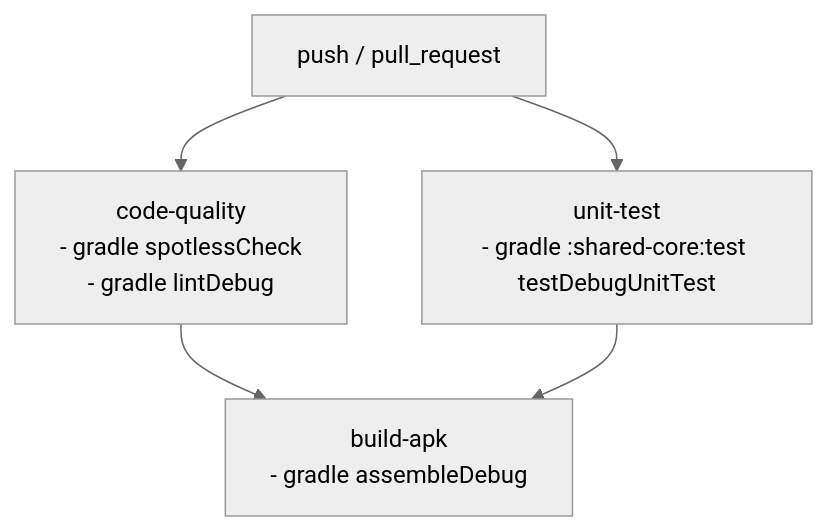
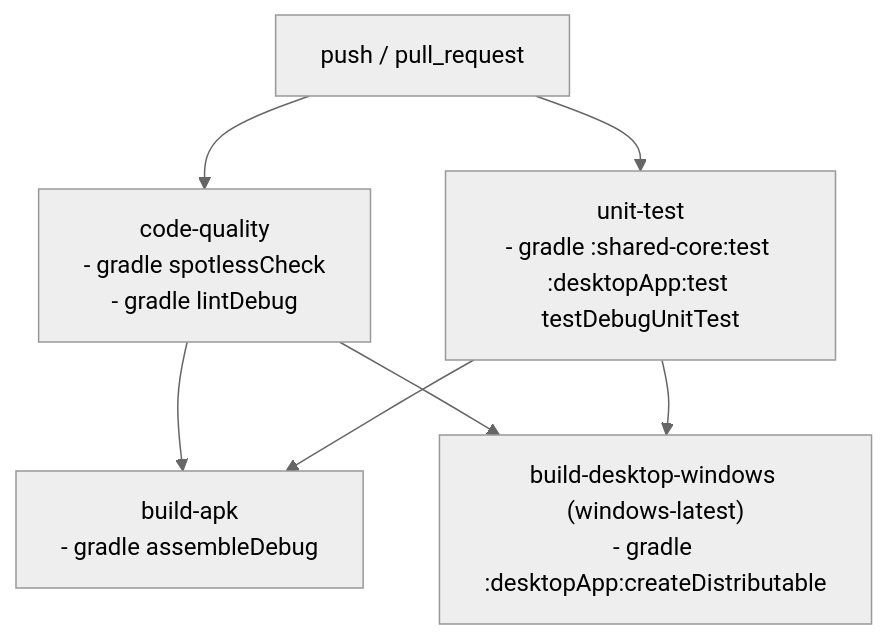
One commit to txcxjp/aidomari changed the diagram in docs/DEVELOPMENT.md. Above: the diagram before and after it, drawn with Mermaid (neutral theme). The commit also changed other lines of this file and 95 other files, not shown here.

First line of the commit message:
feat(desktop): add Compose Multiplatform :shared-ui and :desktopApp (Issue #101 Phase 2)

````diff
--- a/docs/DEVELOPMENT.md
+++ b/docs/DEVELOPMENT.md
@@ -53,7 +59,9 @@
 ```mermaid
 flowchart TD
     Trigger["push / pull_request"] --> Quality["code-quality\n- gradle spotlessCheck\n- gradle lintDebug"]
-    Trigger --> Test["unit-test\n- gradle :shared-core:test testDebugUnitTest"]
-    Quality --> Build["build-apk\n- gradle assembleDebug"]
-    Test --> Build
+    Trigger --> Test["unit-test\n- gradle :shared-core:test :desktopApp:test testDebugUnitTest"]
+    Quality --> BuildApk["build-apk\n- gradle assembleDebug"]
+    Test --> BuildApk
+    Quality --> BuildWin["build-desktop-windows (windows-latest)\n- gradle :desktopApp:createDistributable"]
+    Test --> BuildWin
 ```
````
